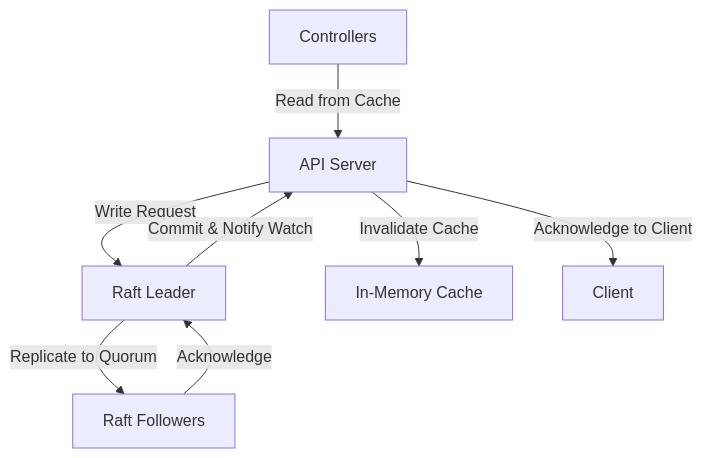
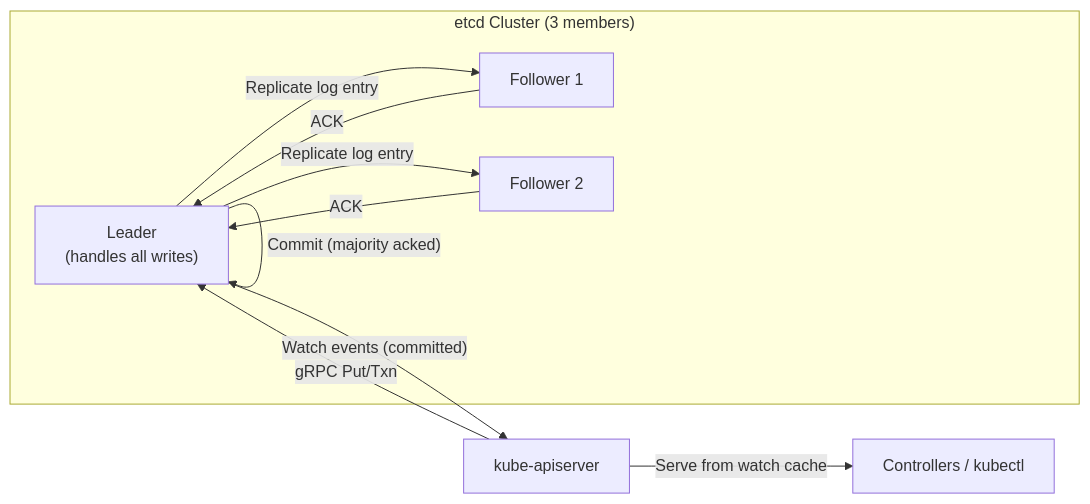
Before and after one commit to blebleblee/synapse: the fifth of 6 diagrams in topics/computing/infrastructure/kubernetes/lesson_01_control_plane_architecture.md, drawn with Mermaid. The commit also changed other lines of this file and 5 other files, not shown here.

````diff
--- a/topics/computing/infrastructure/kubernetes/lesson_01_control_plane_architecture.md
+++ b/topics/computing/infrastructure/kubernetes/lesson_01_control_plane_architecture.md
@@ -96,10 +200,18 @@
 ```mermaid
-graph TD
-    APIServer["API Server"] -->|"Write Request"| Raft["Raft Leader"]
-    Raft -->|"Replicate to Quorum"| Followers["Raft Followers"]
-    Followers -->|"Acknowledge"| Raft
-    Raft -->|"Commit & Notify Watch"| APIServer
-    APIServer -->|"Invalidate Cache"| Cache["In-Memory Cache"]
-    APIServer -->|"Acknowledge to Client"| Client["Client"]
-    Controllers["Controllers"] -->|"Read from Cache"| APIServer
+graph LR
+    subgraph "etcd Cluster (3 members)"
+        L["Leader\n(handles all writes)"]
+        F1["Follower 1"]
+        F2["Follower 2"]
+        L -->|"Replicate log entry"| F1
+        L -->|"Replicate log entry"| F2
+        F1 -->|"ACK"| L
+        F2 -->|"ACK"| L
+        L -->|"Commit (majority acked)"| L
+    end
+
+    API["kube-apiserver"]
+    API -->|"gRPC Put/Txn"| L
+    L -->|"Watch events (committed)"| API
+    API -->|"Serve from watch cache"| CTRL["Controllers / kubectl"]
 ```
````
